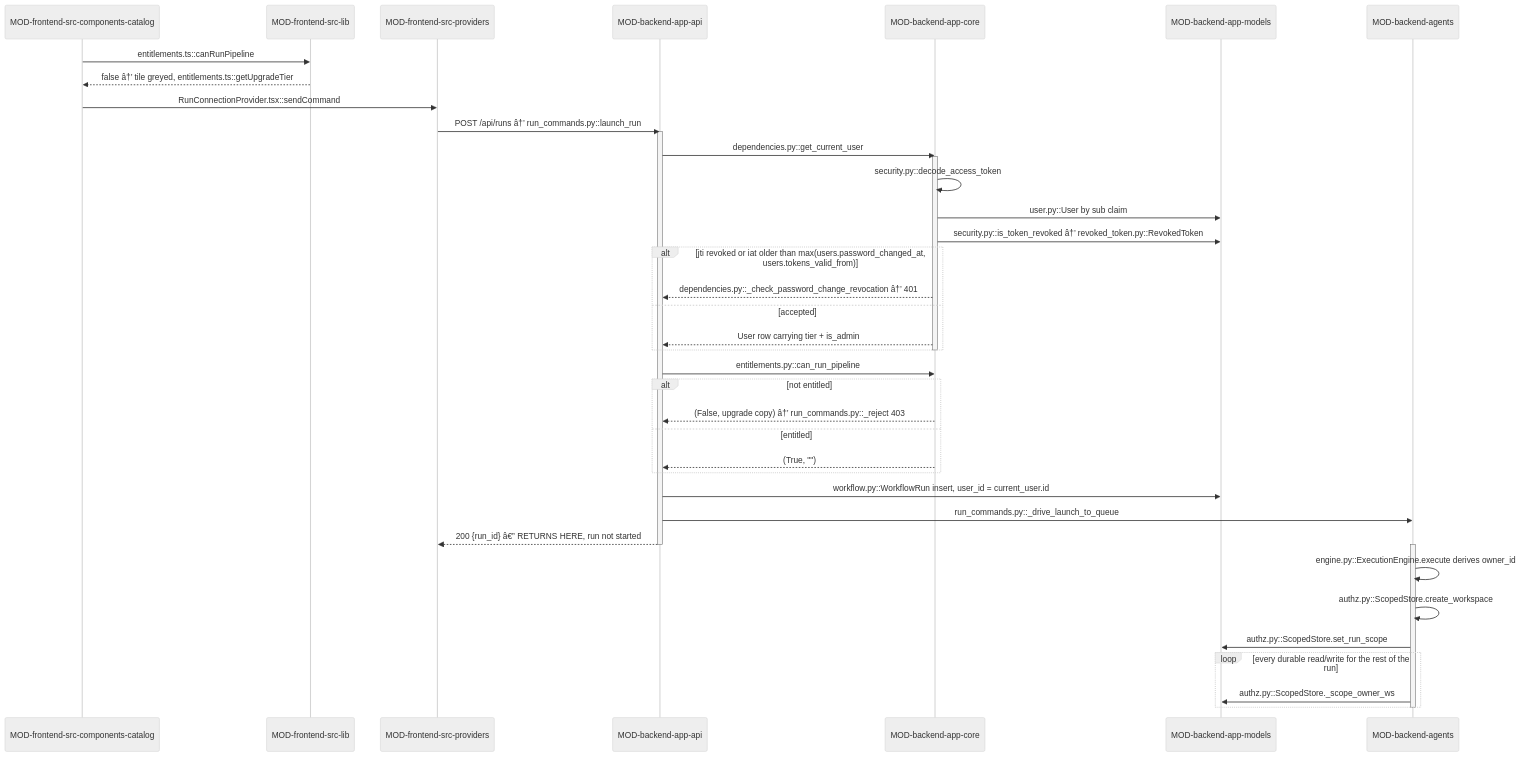
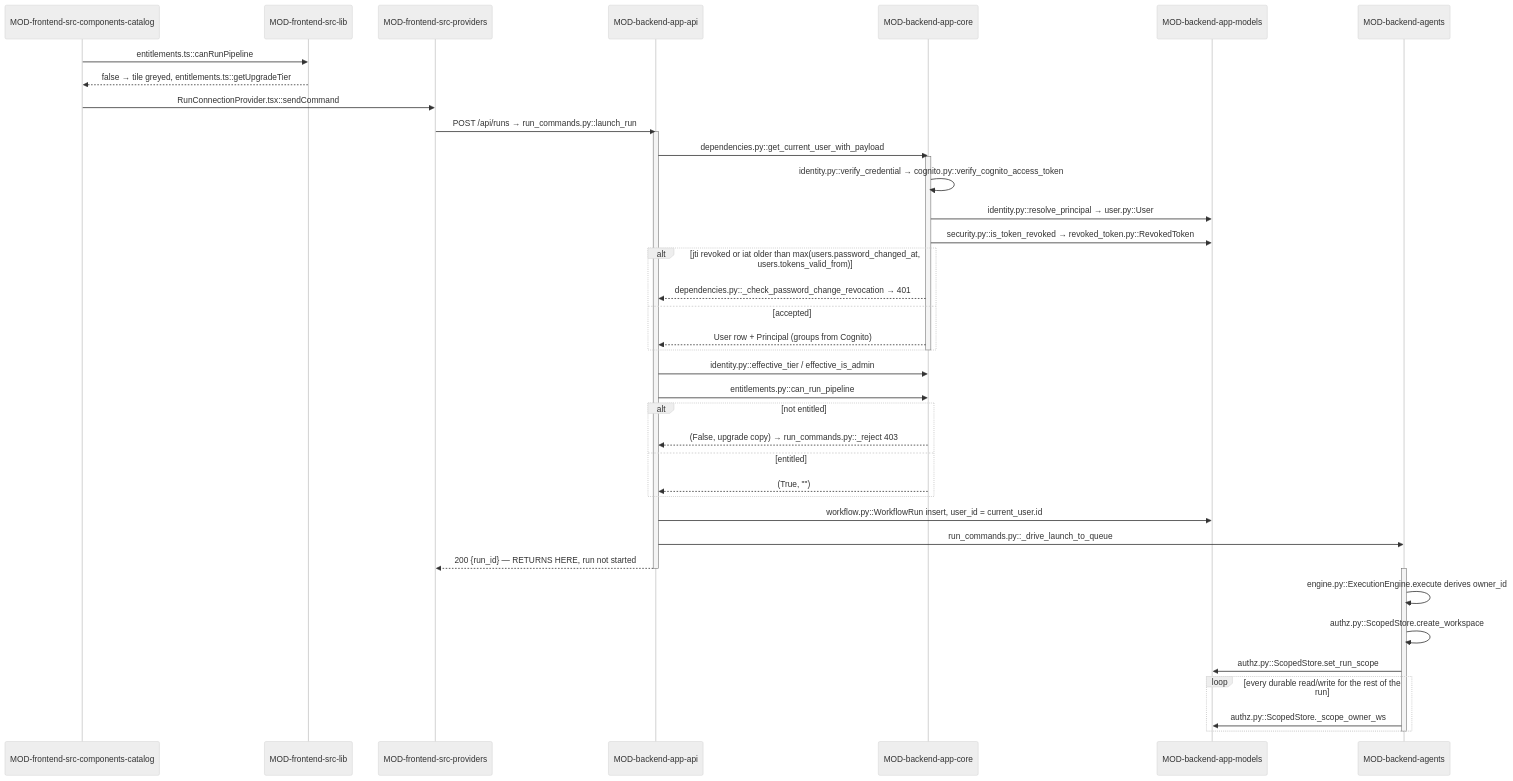
One commit to prateek-sinha7/IdeaFlowAI changed the second of 2 diagrams in .knowledge/architecture/DOMAIN-auth-and-entitlements.md. Above: the diagram before and after it, drawn with Mermaid (neutral theme). The commit also changed other lines of this file and 4493 other files, not shown here.

````diff
--- a/.knowledge/architecture/DOMAIN-auth-and-entitlements.md
+++ b/.knowledge/architecture/DOMAIN-auth-and-entitlements.md
@@ -217,45 +254,46 @@
 ```mermaid
 sequenceDiagram
     participant MOD-frontend-src-components-catalog
     participant MOD-frontend-src-lib
     participant MOD-frontend-src-providers
     participant MOD-backend-app-api
     participant MOD-backend-app-core
     participant MOD-backend-app-models
     participant MOD-backend-agents
 
     MOD-frontend-src-components-catalog->>MOD-frontend-src-lib: entitlements.ts::canRunPipeline
-    MOD-frontend-src-lib-->>MOD-frontend-src-components-catalog: false â†’ tile greyed, entitlements.ts::getUpgradeTier
+    MOD-frontend-src-lib-->>MOD-frontend-src-components-catalog: false → tile greyed, entitlements.ts::getUpgradeTier
     MOD-frontend-src-components-catalog->>MOD-frontend-src-providers: RunConnectionProvider.tsx::sendCommand
-    MOD-frontend-src-providers->>MOD-backend-app-api: POST /api/runs â†’ run_commands.py::launch_run
+    MOD-frontend-src-providers->>MOD-backend-app-api: POST /api/runs → run_commands.py::launch_run
     activate MOD-backend-app-api
-    MOD-backend-app-api->>MOD-backend-app-core: dependencies.py::get_current_user
+    MOD-backend-app-api->>MOD-backend-app-core: dependencies.py::get_current_user_with_payload
     activate MOD-backend-app-core
-    MOD-backend-app-core->>MOD-backend-app-core: security.py::decode_access_token
-    MOD-backend-app-core->>MOD-backend-app-models: user.py::User by sub claim
-    MOD-backend-app-core->>MOD-backend-app-models: security.py::is_token_revoked â†’ revoked_token.py::RevokedToken
+    MOD-backend-app-core->>MOD-backend-app-core: identity.py::verify_credential → cognito.py::verify_cognito_access_token
+    MOD-backend-app-core->>MOD-backend-app-models: identity.py::resolve_principal → user.py::User
+    MOD-backend-app-core->>MOD-backend-app-models: security.py::is_token_revoked → revoked_token.py::RevokedToken
     alt jti revoked or iat older than max(users.password_changed_at, users.tokens_valid_from)
-        MOD-backend-app-core-->>MOD-backend-app-api: dependencies.py::_check_password_change_revocation â†’ 401
+        MOD-backend-app-core-->>MOD-backend-app-api: dependencies.py::_check_password_change_revocation → 401
     else accepted
-        MOD-backend-app-core-->>MOD-backend-app-api: User row carrying tier + is_admin
+        MOD-backend-app-core-->>MOD-backend-app-api: User row + Principal (groups from Cognito)
     end
     deactivate MOD-backend-app-core
+    MOD-backend-app-api->>MOD-backend-app-core: identity.py::effective_tier / effective_is_admin
     MOD-backend-app-api->>MOD-backend-app-core: entitlements.py::can_run_pipeline
     alt not entitled
-        MOD-backend-app-core-->>MOD-backend-app-api: (False, upgrade copy) â†’ run_commands.py::_reject 403
+        MOD-backend-app-core-->>MOD-backend-app-api: (False, upgrade copy) → run_commands.py::_reject 403
     else entitled
         MOD-backend-app-core-->>MOD-backend-app-api: (True, "")
     end
     MOD-backend-app-api->>MOD-backend-app-models: workflow.py::WorkflowRun insert, user_id = current_user.id
     MOD-backend-app-api->>MOD-backend-agents: run_commands.py::_drive_launch_to_queue
-    MOD-backend-app-api-->>MOD-frontend-src-providers: 200 {run_id} â€” RETURNS HERE, run not started
+    MOD-backend-app-api-->>MOD-frontend-src-providers: 200 {run_id} — RETURNS HERE, run not started
     deactivate MOD-backend-app-api
     activate MOD-backend-agents
     MOD-backend-agents->>MOD-backend-agents: engine.py::ExecutionEngine.execute derives owner_id
     MOD-backend-agents->>MOD-backend-agents: authz.py::ScopedStore.create_workspace
     MOD-backend-agents->>MOD-backend-app-models: authz.py::ScopedStore.set_run_scope
     loop every durable read/write for the rest of the run
         MOD-backend-agents->>MOD-backend-app-models: authz.py::ScopedStore._scope_owner_ws
     end
     deactivate MOD-backend-agents
 ```
````
